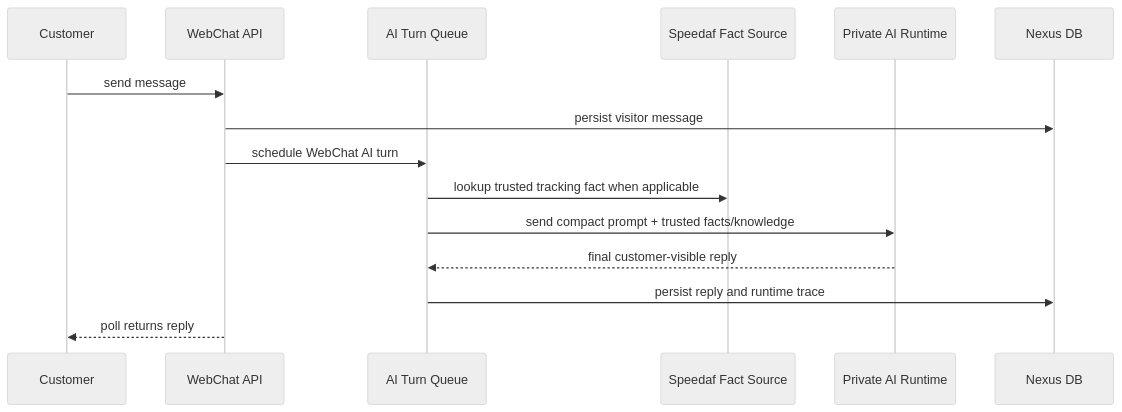
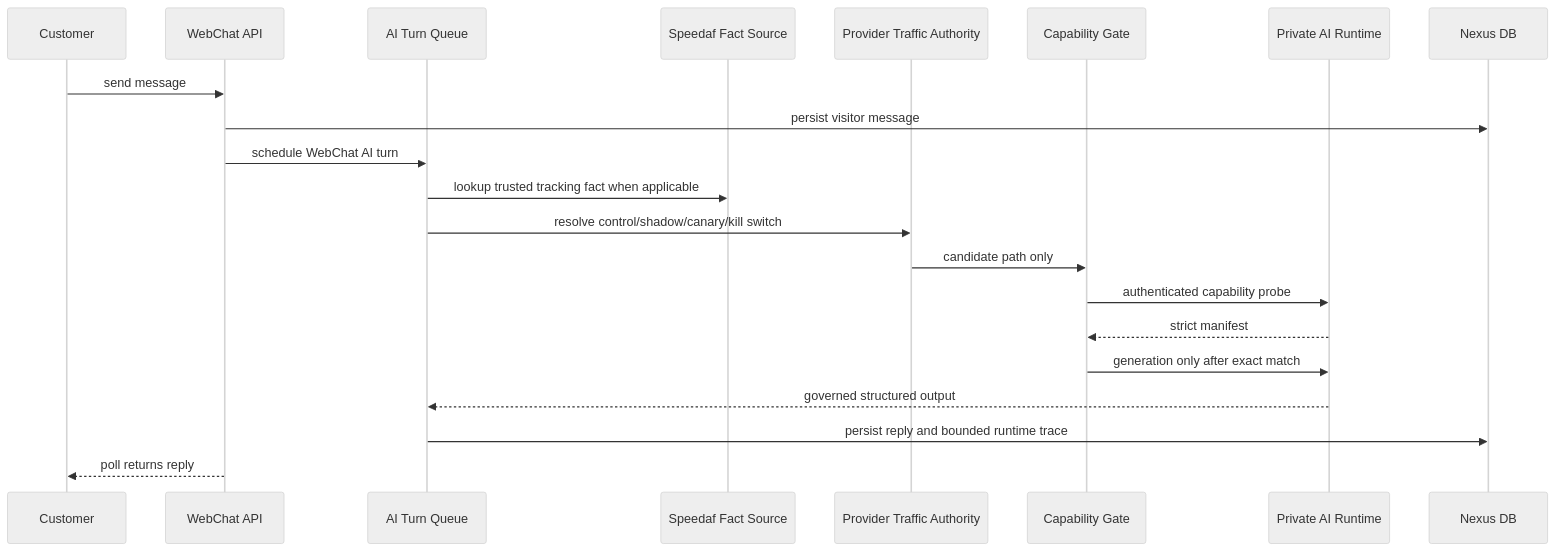
One commit to Maximvonshaft/nexus_helpdesk changed the diagram in docs/TECHNICAL_MANUAL.md. Above: the diagram before and after it, drawn with Mermaid (neutral theme). The commit also changed other lines of this file, not shown here.

Commit message:
docs(runtime): replace stale dual-model production authority

````diff
--- a/docs/TECHNICAL_MANUAL.md
+++ b/docs/TECHNICAL_MANUAL.md
@@ -40,18 +52,24 @@
 ```mermaid
 sequenceDiagram
   participant C as Customer
   participant W as WebChat API
   participant Q as AI Turn Queue
   participant S as Speedaf Fact Source
+  participant P as Provider Traffic Authority
+  participant G as Capability Gate
   participant R as Private AI Runtime
   participant DB as Nexus DB
 
   C->>W: send message
   W->>DB: persist visitor message
   W->>Q: schedule WebChat AI turn
   Q->>S: lookup trusted tracking fact when applicable
-  Q->>R: send compact prompt + trusted facts/knowledge
-  R-->>Q: final customer-visible reply
-  Q->>DB: persist reply and runtime trace
+  Q->>P: resolve control/shadow/canary/kill switch
+  P->>G: candidate path only
+  G->>R: authenticated capability probe
+  R-->>G: strict manifest
+  G->>R: generation only after exact match
+  R-->>Q: governed structured output
+  Q->>DB: persist reply and bounded runtime trace
   W-->>C: poll returns reply
 ```
````
